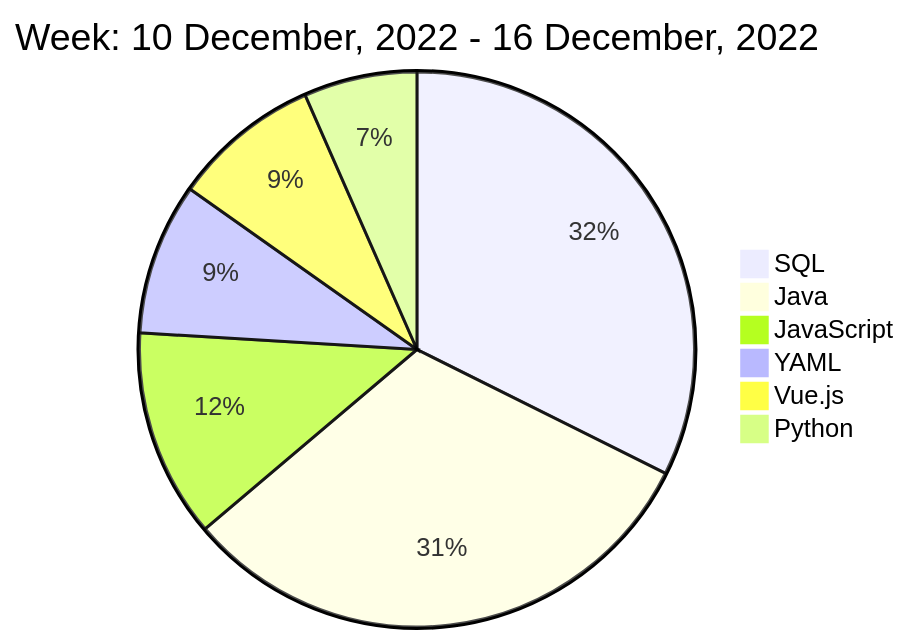
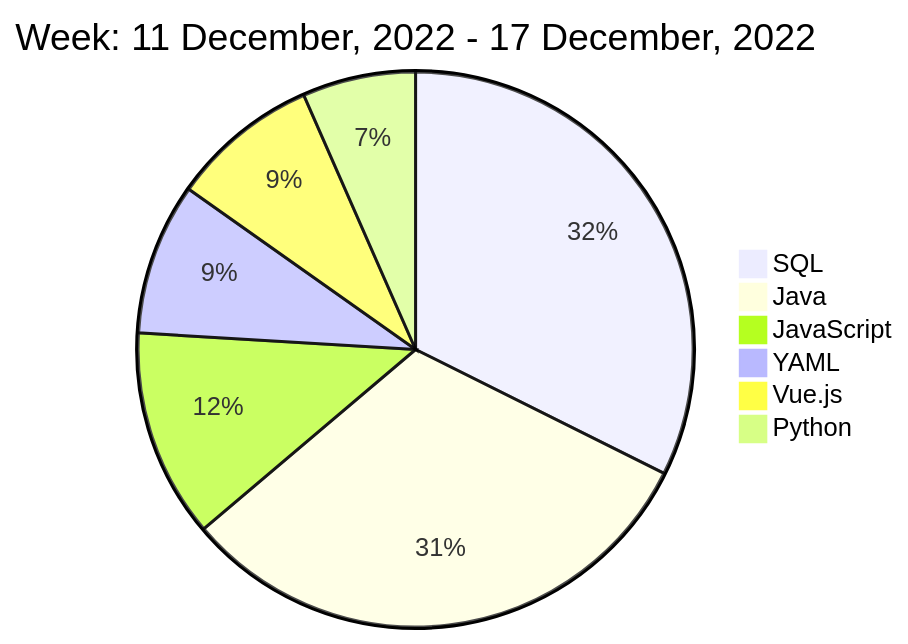
Before and after one commit to liubin95/liubin95: the diagram in README.md, drawn with Mermaid.

Commit message:
Updated the Graph with new Metrics

````diff
--- a/README.md
+++ b/README.md
@@ -40,10 +40,10 @@
 ```mermaid
  pie
-title Week: 10 December, 2022 - 16 December, 2022
+title Week: 11 December, 2022 - 17 December, 2022
  "SQL" : 4.32
  "Java" : 4.2
  "JavaScript" : 1.62
  "YAML" : 1.18
  "Vue.js" : 1.15
  "Python" : 0.88
 ```
````
